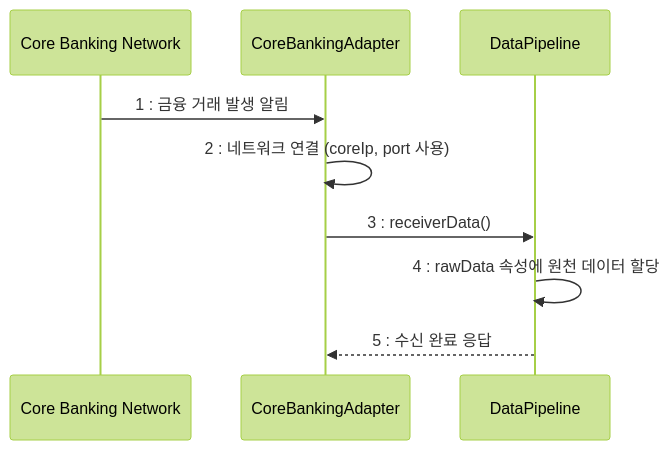
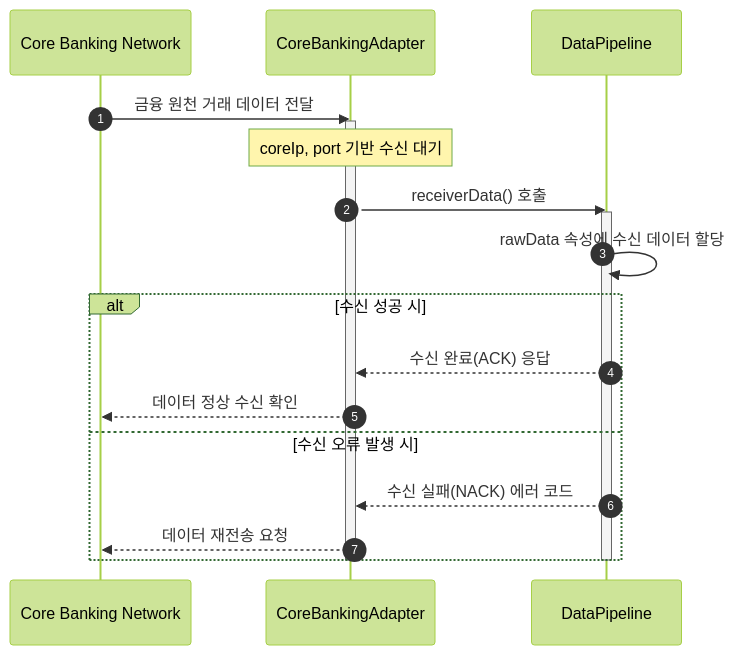
Before and after one commit to seokchaeyeon/2026_1_OSS: the second of 12 diagrams in Design_[22411890_석채연].md, drawn with Mermaid (forest theme). The commit also changed other lines of this file, not shown here.

````diff
--- a/Design_[22411890_석채연].md
+++ b/Design_[22411890_석채연].md
@@ -155,12 +164,26 @@
 ```mermaid
 sequenceDiagram
+    autonumber
     participant Core as Core Banking Network
     participant Adapter as CoreBankingAdapter
     participant Pipeline as DataPipeline
 
-    Core->>Adapter: 1 : 금융 거래 발생 알림
-    Adapter->>Adapter: 2 : 네트워크 연결 (coreIp, port 사용)
-    Adapter->>Pipeline: 3 : receiverData()
-    Pipeline->>Pipeline: 4 : rawData 속성에 원천 데이터 할당
-    Pipeline-->>Adapter: 5 : 수신 완료 응답
+    Core->>Adapter: 금융 원천 거래 데이터 전달
+    activate Adapter
+    Note over Adapter: coreIp, port 기반 수신 대기
+    
+    Adapter->>Pipeline: receiverData() 호출
+    activate Pipeline
+    Pipeline->>Pipeline: rawData 속성에 수신 데이터 할당
+    
+    alt 수신 성공 시
+        Pipeline-->>Adapter: 수신 완료(ACK) 응답
+        Adapter-->>Core: 데이터 정상 수신 확인
+    else 수신 오류 발생 시
+        Pipeline-->>Adapter: 수신 실패(NACK) 에러 코드
+        Adapter-->>Core: 데이터 재전송 요청
+    end
+    
+    deactivate Pipeline
+    deactivate Adapter
 ```
````
